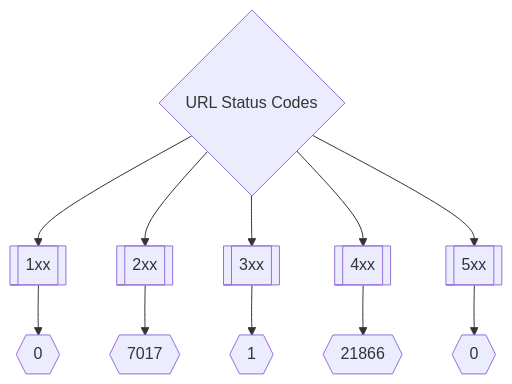
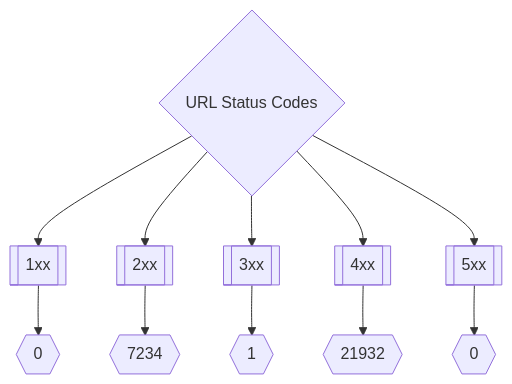
Before and after one commit to trickest/inventory: the second of 3 diagrams in README.md, drawn with Mermaid. The commit also changed other lines of this file, not shown here.

Commit message:
Update Tue Mar  8 23:27:32 UTC 2022

````diff
--- a/README.md
+++ b/README.md
@@ -173,8 +173,8 @@
 ```mermaid
 graph TD
 title{URL Status Codes} --> 1xx[[1xx]] --> status1xxNum{{0}}
-title --> 2xx[[2xx]] --> status2xxNum{{7017}}
+title --> 2xx[[2xx]] --> status2xxNum{{7234}}
 title --> 3xx[[3xx]] --> status3xxNum{{1}}
-title --> 4xx[[4xx]] --> status4xxNum{{21866}}
+title --> 4xx[[4xx]] --> status4xxNum{{21932}}
 title --> 5xx[[5xx]] --> status5xxNum{{0}}
 ```
````
